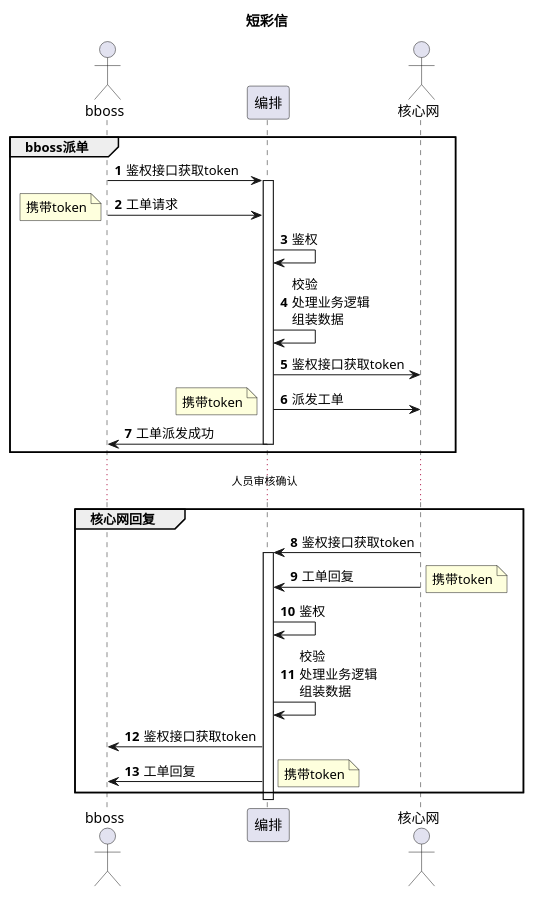
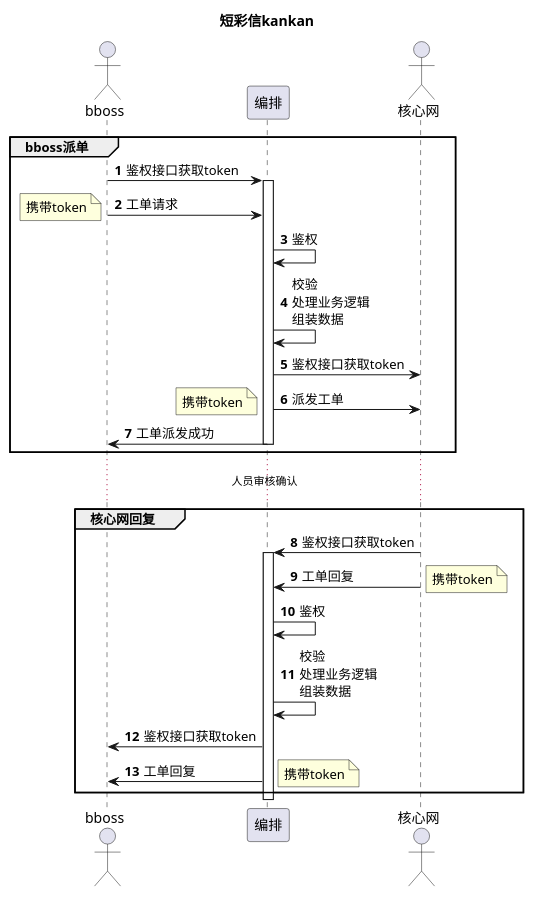
One commit to learnxin/testdemo changed the diagram in src/main/resources/plantuml/o/sms.puml. Above: the diagram before and after it, drawn with PlantUML.

Commit message:
test ssh

```diff
--- a/src/main/resources/plantuml/o/sms.puml
+++ b/src/main/resources/plantuml/o/sms.puml
@@ -1,40 +1,40 @@
 @startuml
-title 短彩信
+title 短彩信kankan
 
 autonumber
 actor bboss
 participant 编排
 actor 核心网
 
 group bboss派单
 
 bboss-> 编排: 鉴权接口获取token
 activate 编排
 bboss-> 编排: 工单请求
 note left : 携带token
 编排->编排 : 鉴权
 编排->编排 : 校验\n处理业务逻辑\n组装数据
 
 编排-> 核心网: 鉴权接口获取token
 
 编排-> 核心网: 派发工单
 note left : 携带token
 编排-> bboss : 工单派发成功
 deactivate 编排
 
 end
 ...人员审核确认...
 group 核心网回复
 
 核心网-> 编排: 鉴权接口获取token
 activate 编排
 核心网-> 编排: 工单回复
 note right : 携带token
 编排->编排 : 鉴权
 编排->编排 : 校验\n处理业务逻辑\n组装数据
 编排-> bboss: 鉴权接口获取token
 编排-> bboss: 工单回复
 note right : 携带token
 end
 deactivate 编排
 @enduml
```
